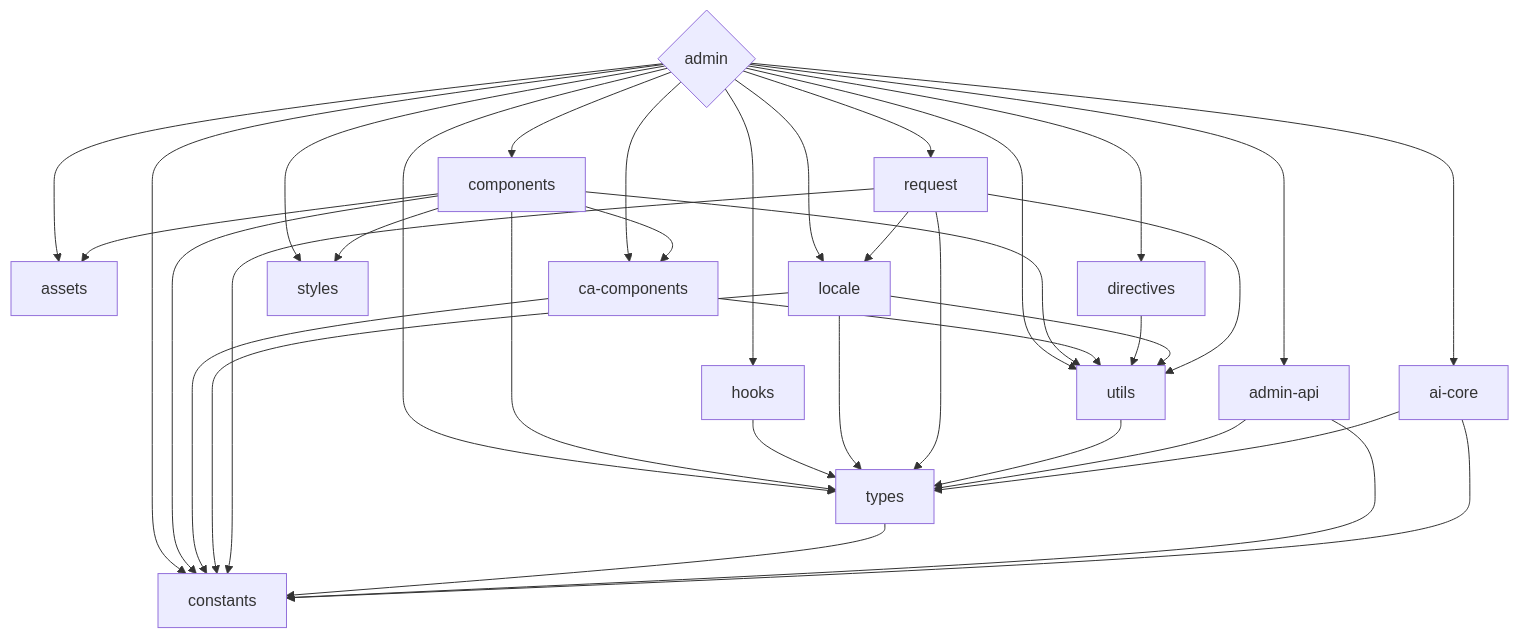
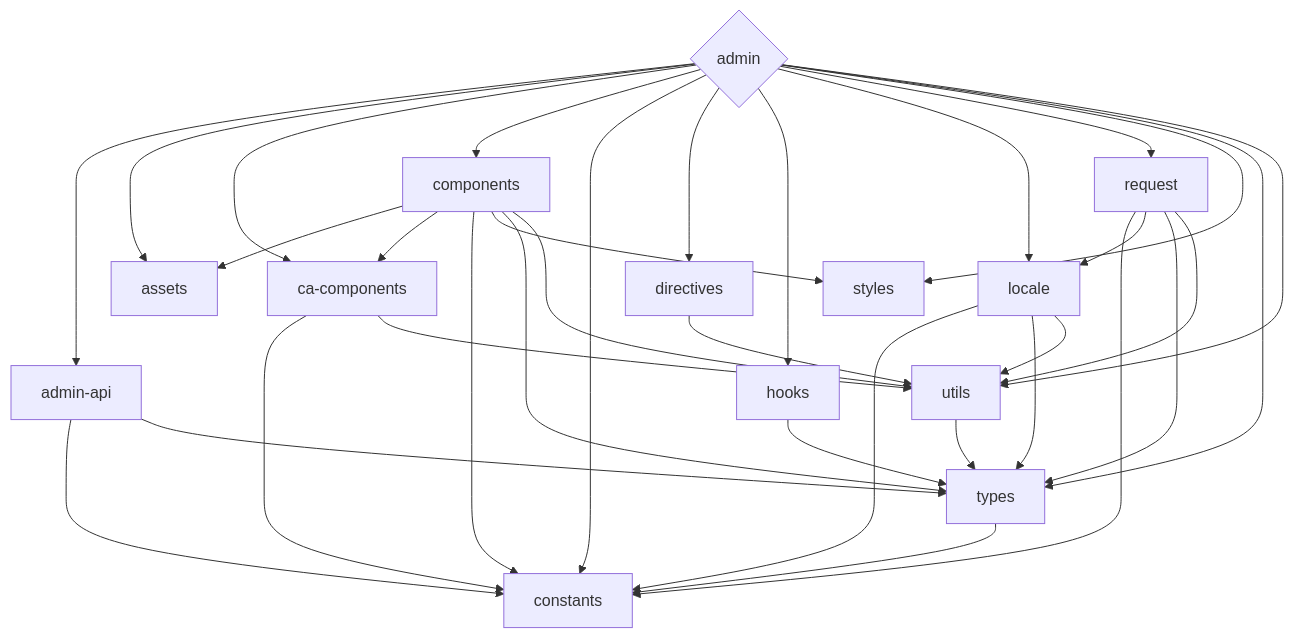
The diagram in README.md (kirklin/celeris-web), drawn with Mermaid before and after one commit. The commit also changed other lines of this file and 47 other files, not shown here.

````diff
--- a/README.md
+++ b/README.md
@@ -48,52 +45,48 @@
 ```mermaid
  graph TD
    admin{admin}
    admin --> admin-api
-   admin --> ai-core
    admin --> assets
    admin --> ca-components
    admin --> components
    admin --> constants
    admin --> directives
    admin --> hooks
    admin --> locale
    admin --> request
    admin --> styles
    admin --> types
    admin --> utils
    assets
    components
    components --> assets
    components --> ca-components
    components --> constants
    components --> styles
    components --> types
    components --> utils
    ca-components
    ca-components --> constants
    ca-components --> utils
    directives
    directives --> utils
    hooks
    hooks --> types
    locale
    locale --> constants
    locale --> types
    locale --> utils
    request
    request --> constants
    request --> locale
    request --> types
    request --> utils
    types
    types --> constants
    utils
    utils --> types
    admin-api
    admin-api --> constants
    admin-api --> types
-   ai-core
-   ai-core --> constants
-   ai-core --> types
 
 ```
````
